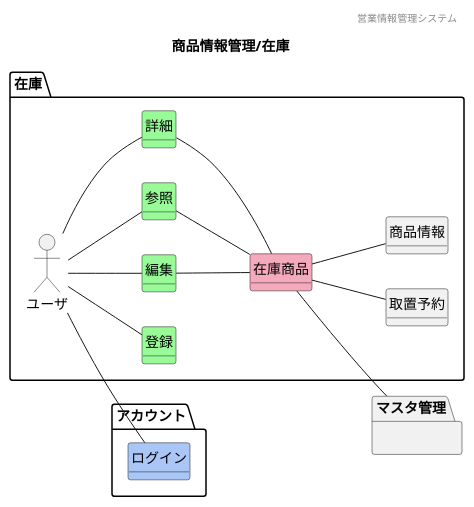
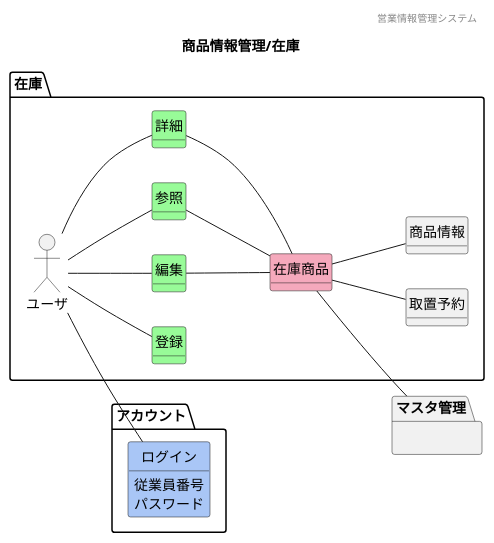
The diagram in 各種設計書/1ドメインモデル図/商品情報管理/F07在庫.plantuml (HaruShim/Sotuken), drawn with PlantUML before and after one commit. The commit also changed 13 other files, not shown here.

```diff
--- a/各種設計書/1ドメインモデル図/商品情報管理/F07在庫.plantuml
+++ b/各種設計書/1ドメインモデル図/商品情報管理/F07在庫.plantuml
@@ -1,50 +1,60 @@
 @startuml images/商品情報管理/在庫
 ' ヘッダー
 header 営業情報管理システム
 ' タイトル
 title 商品情報管理/在庫
 ' 
 hide circle
 ' 
 hide method
 left to right direction
 
 package "アカウント"{
     class "ログイン" #A9C6F6
 }
 
 package "在庫" {
     'ユーザや外部システム
     mix_actor "ユーザ"
     class "登録" #98fb98
     class "編集" #98fb98
     class "参照" #98fb98
     class "詳細" #98fb98
     class "在庫商品" #F5A9BC
     class "取置予約"
     class "商品情報"
 }
     package "マスタ管理"{
     }
     ' class "" #F5A9BC
     ' class "" #ffd700
 
     'モデル同士の関係
     ユーザ -- 参照
     ユーザ -- 登録
     ユーザ -- 編集
     ユーザ -- 詳細
     ユーザ -- ログイン
     参照 -- 在庫商品
     編集 -- 在庫商品
     詳細 -- 在庫商品
     在庫商品 -- 取置予約
     在庫商品 -- 商品情報
     在庫商品-- マスタ管理
 
     'ドメインクラスの属性
+    ' 商品情報 : 型番
+    ' 商品情報 : 商品コード
+    ' 商品情報 : JANコード
+    ' 商品情報 : 商品画像
+    ' 商品情報 : 在庫場所
+    ' 商品情報 : カテゴリ
+    ' 商品情報 : 仕入価格
+    ログイン : 従業員番号
+    ログイン : パスワード
 
+    ' 取置予約のフィードがないので飛ばす
 
 
 
 @enduml
```
